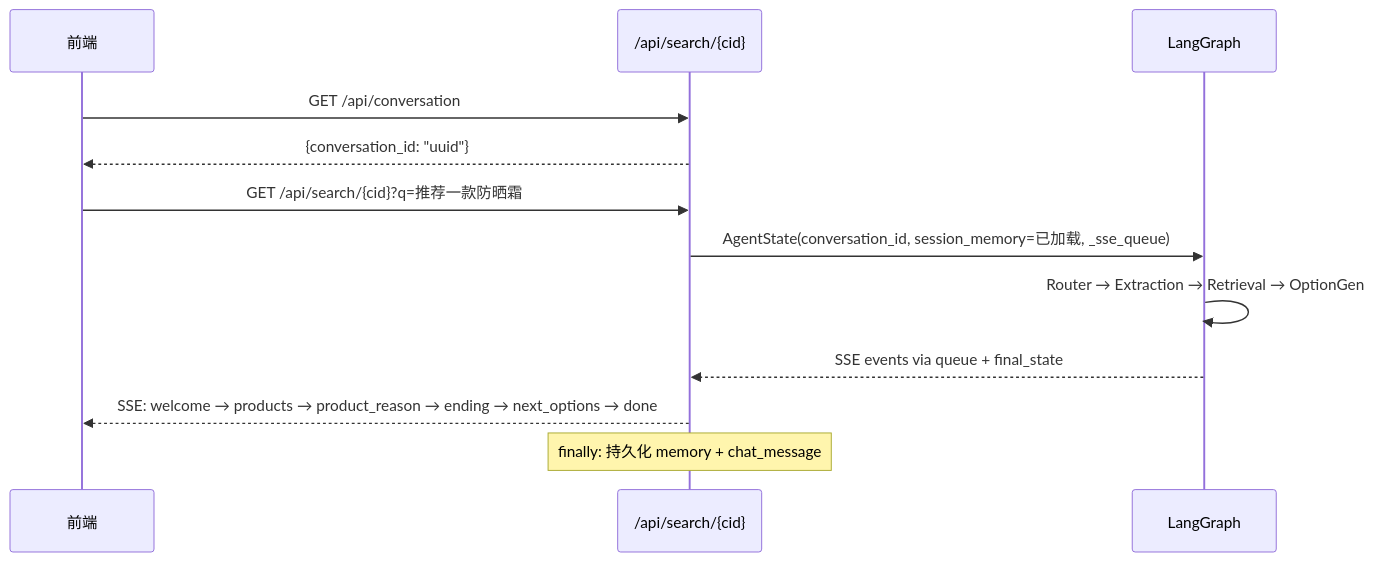
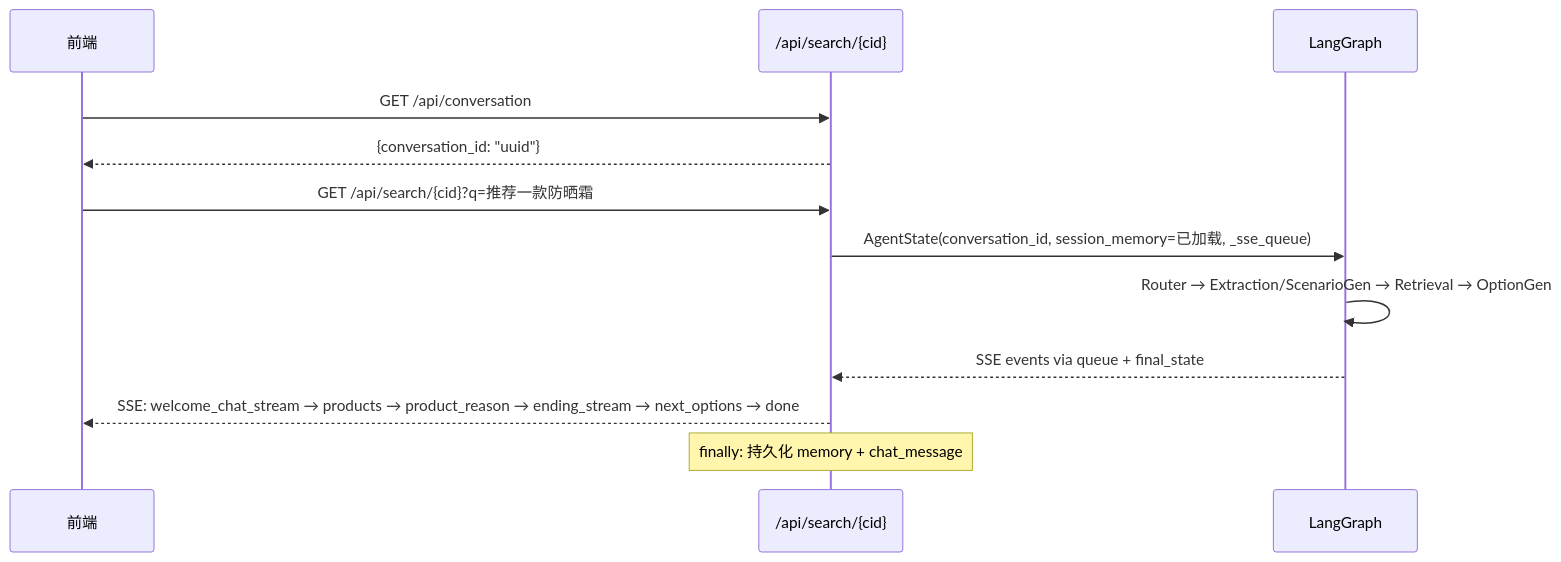
One commit to Crystalzhouby/AuraCart changed the second of 2 diagrams in server/docs/AGENT_OPT/GENERAL/SPEC.md. Above: the diagram before and after it, drawn with Mermaid. The commit also changed other lines of this file and 1 other file, not shown here.

````diff
--- a/server/docs/AGENT_OPT/GENERAL/SPEC.md
+++ b/server/docs/AGENT_OPT/GENERAL/SPEC.md
@@ -813,16 +828,16 @@
 ```mermaid
 sequenceDiagram
     participant FE as 前端
     participant API as /api/search/{cid}
     participant Graph as LangGraph
 
     FE->>API: GET /api/conversation
     API-->>FE: {conversation_id: "uuid"}
 
     FE->>API: GET /api/search/{cid}?q=推荐一款防晒霜
     API->>Graph: AgentState(conversation_id, session_memory=已加载, _sse_queue)
-    Graph->>Graph: Router → Extraction → Retrieval → OptionGen
+    Graph->>Graph: Router → Extraction/ScenarioGen → Retrieval → OptionGen
     Graph-->>API: SSE events via queue + final_state
-    API-->>FE: SSE: welcome → products → product_reason → ending → next_options → done
+    API-->>FE: SSE: welcome_chat_stream → products → product_reason → ending_stream → next_options → done
     Note over API: finally: 持久化 memory + chat_message
 ```
````
